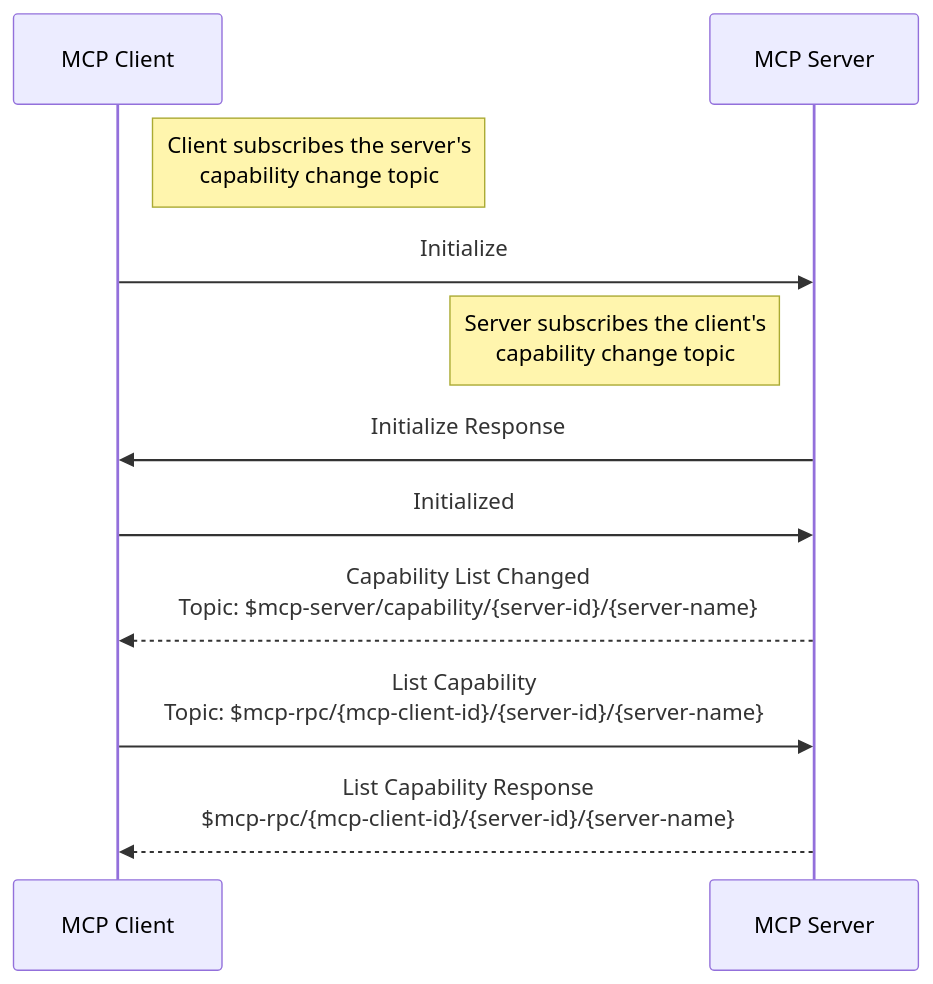
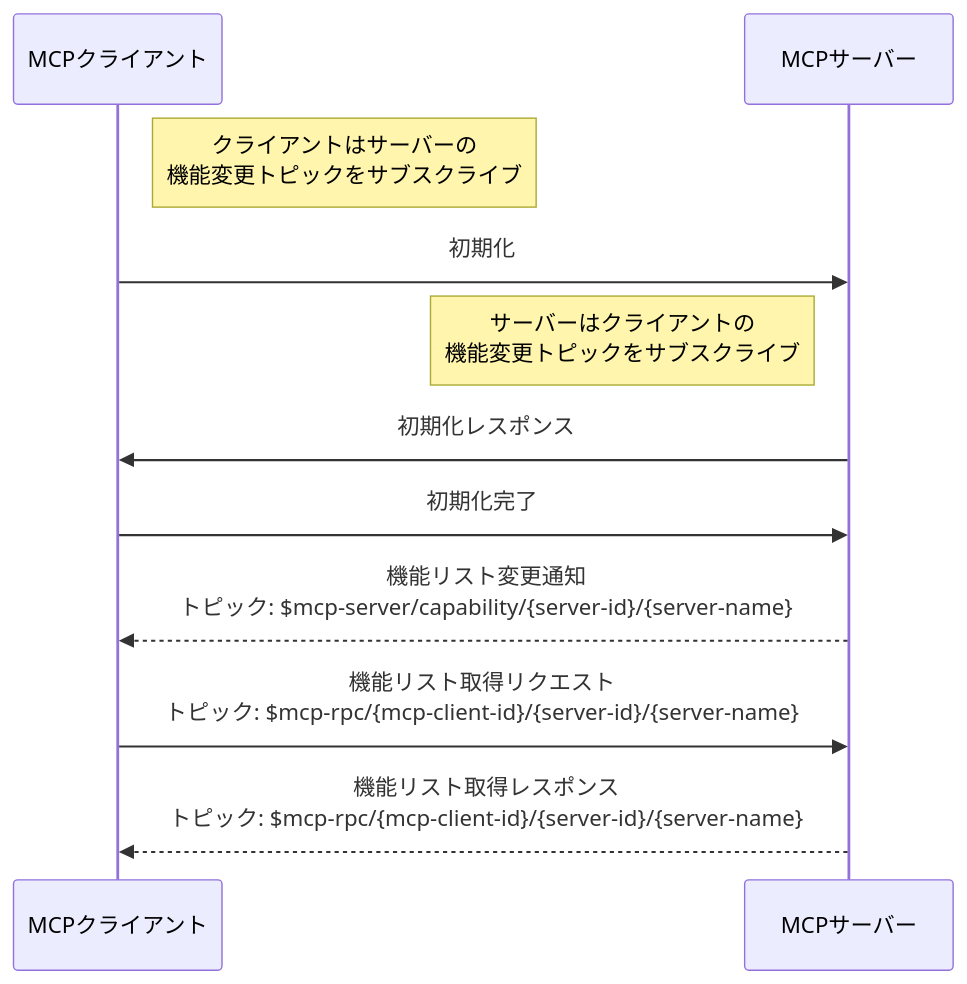
Before and after one commit to emqx/emqx-docs: the third of 4 diagrams in ja_JP/emqx-ai/mcp-over-mqtt/specification.md, drawn with Mermaid. The commit also changed other lines of this file and 385 other files, not shown here.

````diff
--- a/ja_JP/emqx-ai/mcp-over-mqtt/specification.md
+++ b/ja_JP/emqx-ai/mcp-over-mqtt/specification.md
@@ -333,19 +331,18 @@
 ```mermaid
+sequenceDiagram
+    participant MCP_Client as MCPクライアント
+    participant MCP_Server as MCPサーバー
 
-sequenceDiagram
-    participant MCP_Client as MCP Client
-    participant MCP_Server as MCP Server
+    Note right of MCP_Client: クライアントはサーバーの<br/>機能変更トピックをサブスクライブ
+    MCP_Client ->> MCP_Server: 初期化
 
-    Note right of MCP_Client: Client subscribes the server's<br/>capability change topic
-    MCP_Client ->> MCP_Server: Initialize
+    Note left of MCP_Server: サーバーはクライアントの<br/>機能変更トピックをサブスクライブ
+    MCP_Server ->> MCP_Client: 初期化レスポンス
+    MCP_Client ->> MCP_Server: 初期化完了
 
-    Note left of MCP_Server: Server subscribes the client's<br/>capability change topic
-    MCP_Server ->> MCP_Client: Initialize Response
-    MCP_Client ->> MCP_Server: Initialized
+    MCP_Server -->> MCP_Client: 機能リスト変更通知<br/>トピック: $mcp-server/capability/{server-id}/{server-name}
 
-    MCP_Server -->> MCP_Client: Capability List Changed<br/>Topic: $mcp-server/capability/{server-id}/{server-name}
+    MCP_Client ->> MCP_Server: 機能リスト取得リクエスト<br/>トピック: $mcp-rpc/{mcp-client-id}/{server-id}/{server-name}
 
-    MCP_Client ->> MCP_Server: List Capability<br/>Topic: $mcp-rpc/{mcp-client-id}/{server-id}/{server-name}
-
-    MCP_Server -->> MCP_Client: List Capability Response<br/>$mcp-rpc/{mcp-client-id}/{server-id}/{server-name}
+    MCP_Server -->> MCP_Client: 機能リスト取得レスポンス<br/>トピック: $mcp-rpc/{mcp-client-id}/{server-id}/{server-name}
 ```
````
